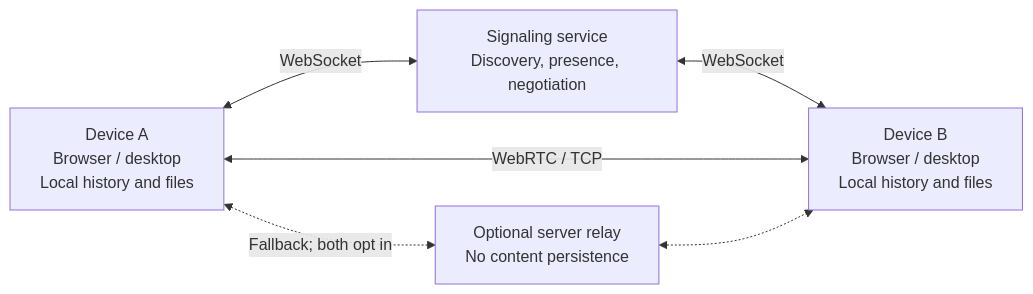
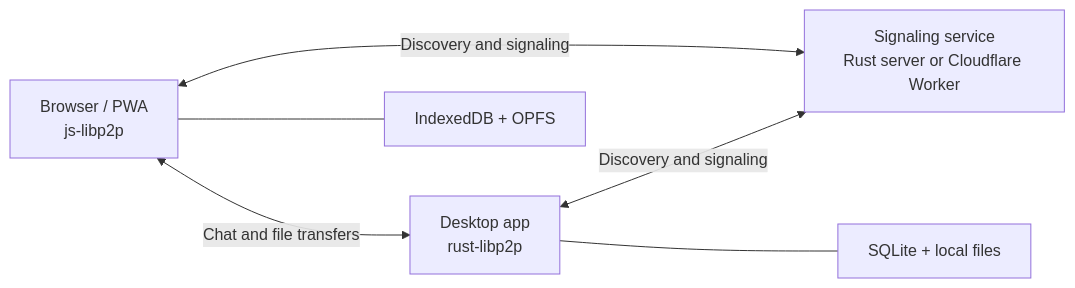
The diagram in README.md (kuangye-team/ky-im), drawn with Mermaid before and after one commit. The commit also changed other lines of this file and 288 other files, not shown here.

````diff
--- a/README.md
+++ b/README.md
@@ -27,10 +21,8 @@
 ```mermaid
 flowchart LR
-    A["Device A<br/>Browser / desktop<br/>Local history and files"]
-    B["Device B<br/>Browser / desktop<br/>Local history and files"]
-    A <-->|WebSocket| S["Signaling service<br/>Discovery, presence, negotiation"]
-    S <-->|WebSocket| B
-    A <-->|WebRTC / TCP| B
-    A <-.->|Fallback; both opt in| R["Optional server relay<br/>No content persistence"]
-    R <-.-> B
+    Browser["Browser / PWA<br/>js-libp2p"] <-->|Discovery and signaling| API["Signaling service<br/>Rust server or Cloudflare Worker"]
+    App["Desktop app<br/>rust-libp2p"] <-->|Discovery and signaling| API
+    Browser <-->|Chat and file transfers| App
+    Browser --- WebDB["IndexedDB + OPFS"]
+    App --- AppDB["SQLite + local files"]
 ```
````
